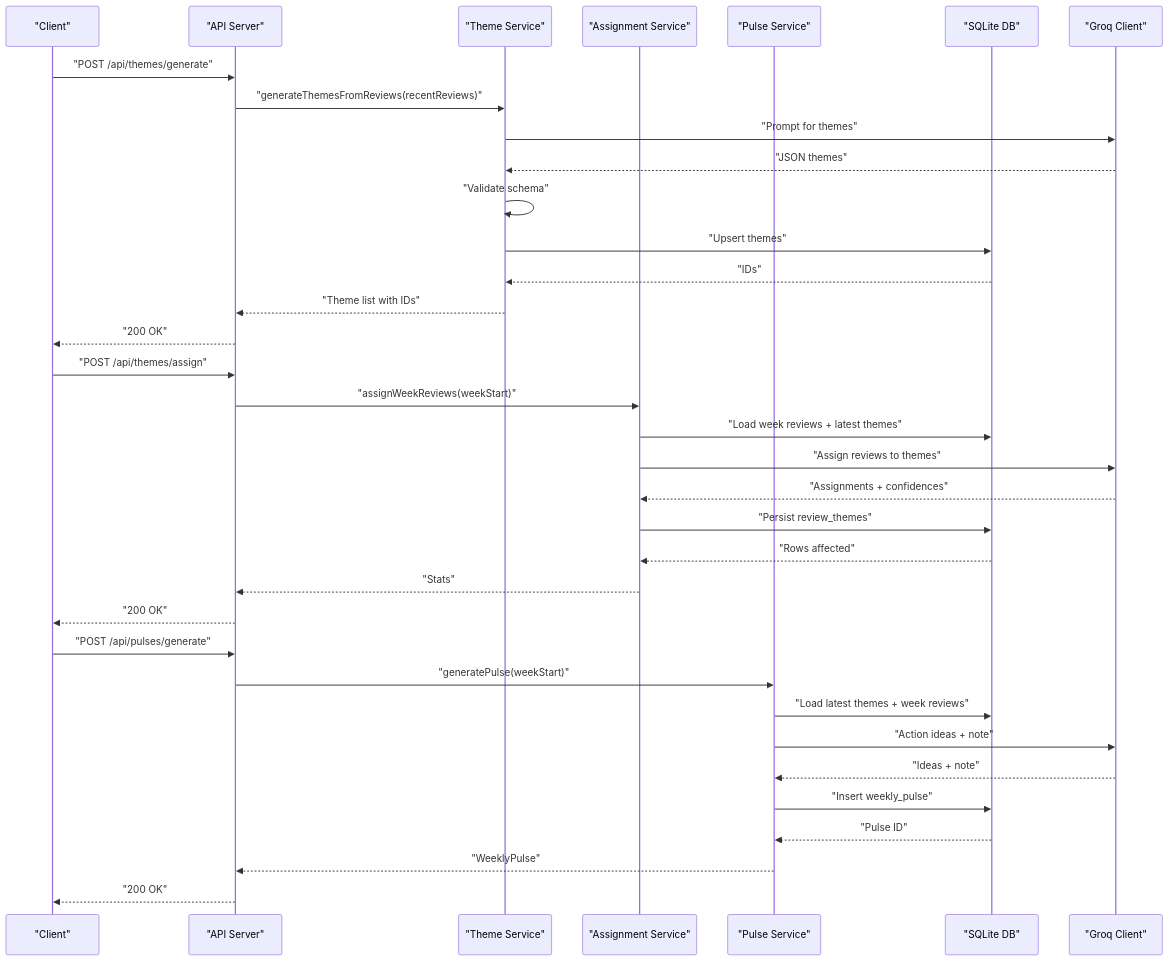
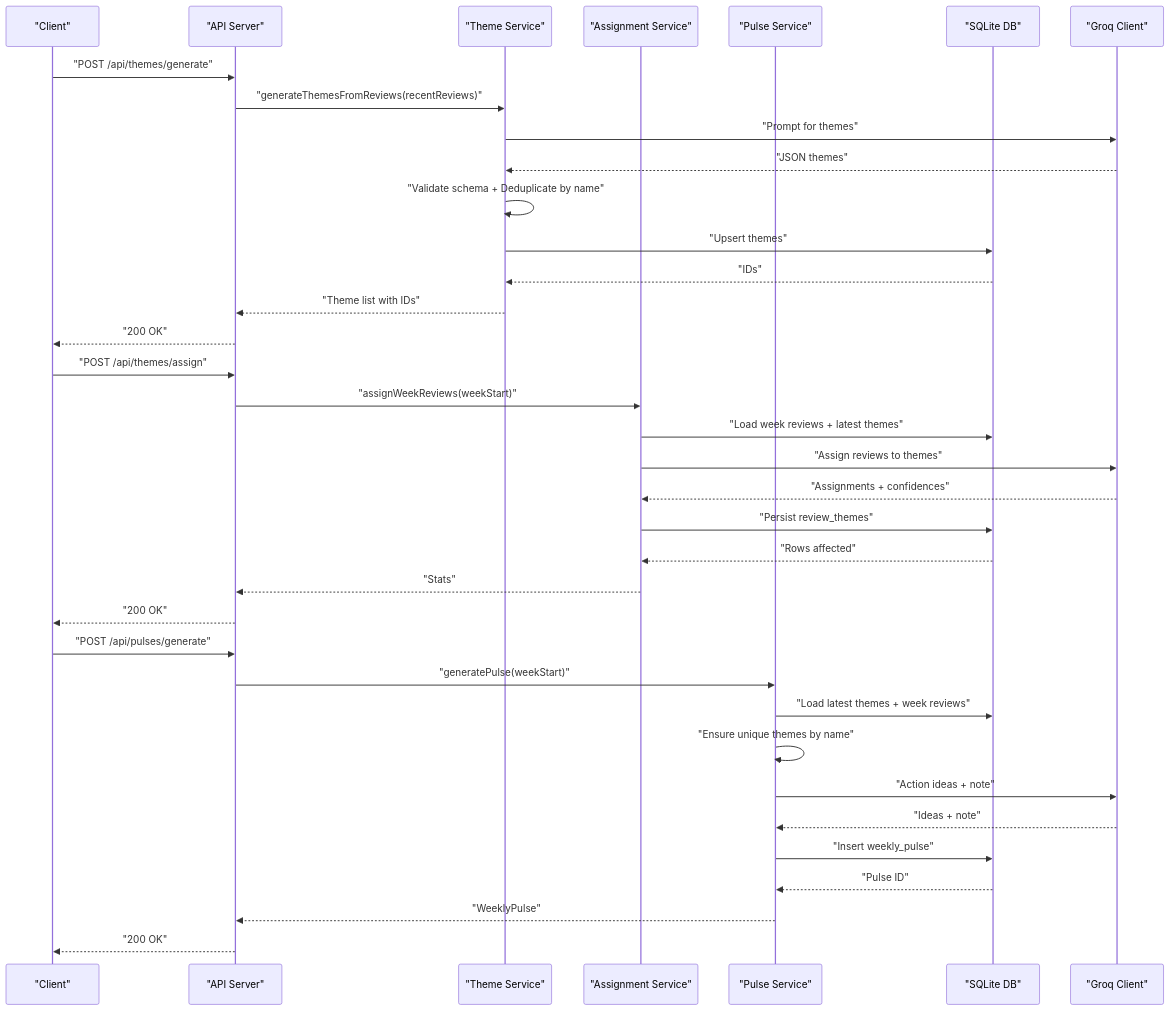
One commit to aravinthraj-ramalingam/Groww-App-Review-Insights-Analyzer- changed the second of 8 diagrams in .qoder/repowiki/en/content/Phase 2_ Advanced Analytics & Automation/Theme Generation & Management.md. Above: the diagram before and after it, drawn with Mermaid. The commit also changed other lines of this file and 5 other files, not shown here.

````diff
--- a/.qoder/repowiki/en/content/Phase 2_ Advanced Analytics & Automation/Theme Generation & Management.md
+++ b/.qoder/repowiki/en/content/Phase 2_ Advanced Analytics & Automation/Theme Generation & Management.md
@@ -123,37 +138,38 @@
 ```mermaid
 sequenceDiagram
 participant Client as "Client"
 participant API as "API Server"
 participant TS as "Theme Service"
 participant AS as "Assignment Service"
 participant PS as "Pulse Service"
 participant DB as "SQLite DB"
 participant LLM as "Groq Client"
 Client->>API : "POST /api/themes/generate"
 API->>TS : "generateThemesFromReviews(recentReviews)"
 TS->>LLM : "Prompt for themes"
 LLM-->>TS : "JSON themes"
-TS->>TS : "Validate schema"
+TS->>TS : "Validate schema + Deduplicate by name"
 TS->>DB : "Upsert themes"
 DB-->>TS : "IDs"
 TS-->>API : "Theme list with IDs"
 API-->>Client : "200 OK"
 Client->>API : "POST /api/themes/assign"
 API->>AS : "assignWeekReviews(weekStart)"
 AS->>DB : "Load week reviews + latest themes"
 AS->>LLM : "Assign reviews to themes"
 LLM-->>AS : "Assignments + confidences"
 AS->>DB : "Persist review_themes"
 DB-->>AS : "Rows affected"
 AS-->>API : "Stats"
 API-->>Client : "200 OK"
 Client->>API : "POST /api/pulses/generate"
 API->>PS : "generatePulse(weekStart)"
 PS->>DB : "Load latest themes + week reviews"
+PS->>PS : "Ensure unique themes by name"
 PS->>LLM : "Action ideas + note"
 LLM-->>PS : "Ideas + note"
 PS->>DB : "Insert weekly_pulse"
 DB-->>PS : "Pulse ID"
 PS-->>API : "WeeklyPulse"
 API-->>Client : "200 OK"
 ```
````
